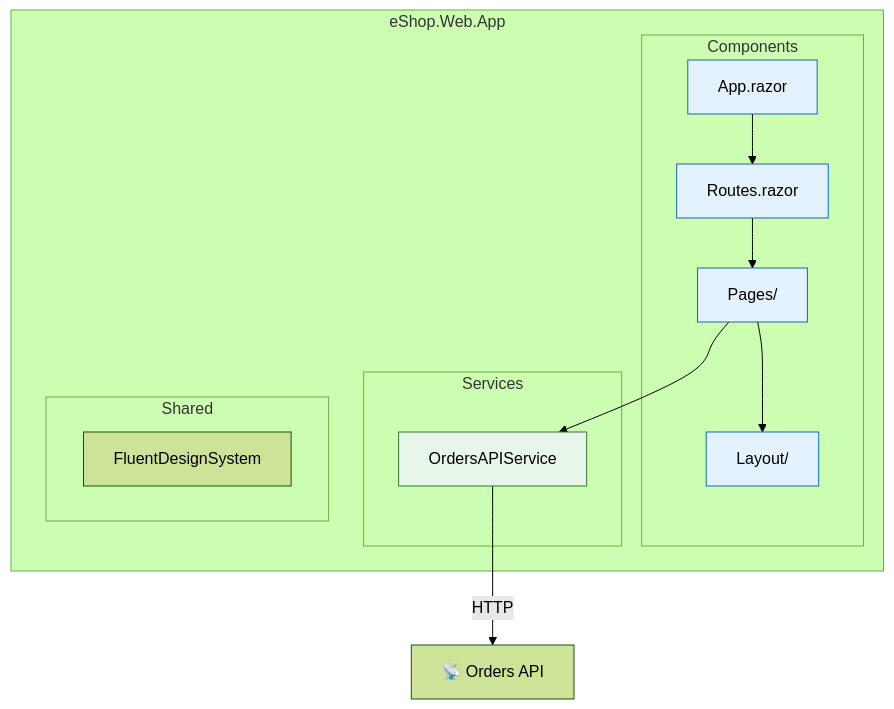
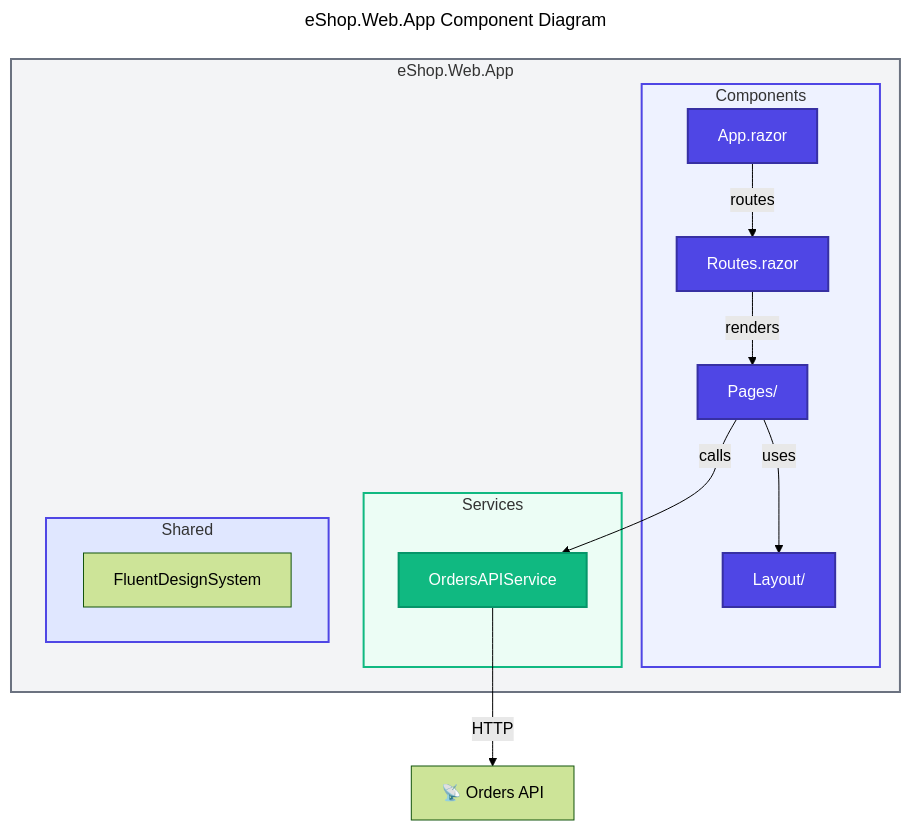
The third of 5 diagrams in docs/architecture/03-application-architecture.md (Evilazaro/Azure-LogicApps-Monitoring), drawn with Mermaid (forest theme) before and after one commit. The commit also changed other lines of this file, not shown here.

Commit message:
refactor: Enhance application architecture documentation with improved landscape maps, component diagrams, and communication patterns

````diff
--- a/docs/architecture/03-application-architecture.md
+++ b/docs/architecture/03-application-architecture.md
@@ -278,30 +310,44 @@
 ```mermaid
+---
+title: eShop.Web.App Component Diagram
+---
 flowchart TB
+    %% ===== WEB APP =====
     subgraph WebApp["eShop.Web.App"]
         subgraph Components["Components"]
             App["App.razor"]
             Routes["Routes.razor"]
             Pages["Pages/"]
             Layout["Layout/"]
         end
 
         subgraph Services["Services"]
             APIService["OrdersAPIService"]
         end
 
         subgraph Shared["Shared"]
             Fluent["FluentDesignSystem"]
         end
     end
 
-    Pages --> APIService
+    %% ===== CONNECTIONS =====
+    Pages -->|"calls"| APIService
     APIService -->|"HTTP"| External["📡 Orders API"]
-    App --> Routes --> Pages
-    Pages --> Layout
+    App -->|"routes"| Routes
+    Routes -->|"renders"| Pages
+    Pages -->|"uses"| Layout
 
-    classDef component fill:#e3f2fd,stroke:#1565c0
-    classDef service fill:#e8f5e9,stroke:#2e7d32
+    %% ===== CLASS DEFINITIONS =====
+    classDef primary fill:#4F46E5,stroke:#3730A3,color:#FFFFFF,stroke-width:2px
+    classDef secondary fill:#10B981,stroke:#059669,color:#FFFFFF,stroke-width:2px
 
-    class App,Routes,Pages,Layout component
-    class APIService service
+    %% ===== CLASS ASSIGNMENTS =====
+    class App,Routes,Pages,Layout primary
+    class APIService secondary
+
+    %% ===== SUBGRAPH STYLES =====
+    style WebApp fill:#F3F4F6,stroke:#6B7280,stroke-width:2px
+    style Components fill:#EEF2FF,stroke:#4F46E5,stroke-width:2px
+    style Services fill:#ECFDF5,stroke:#10B981,stroke-width:2px
+    style Shared fill:#E0E7FF,stroke:#4F46E5,stroke-width:2px
 ```
````
